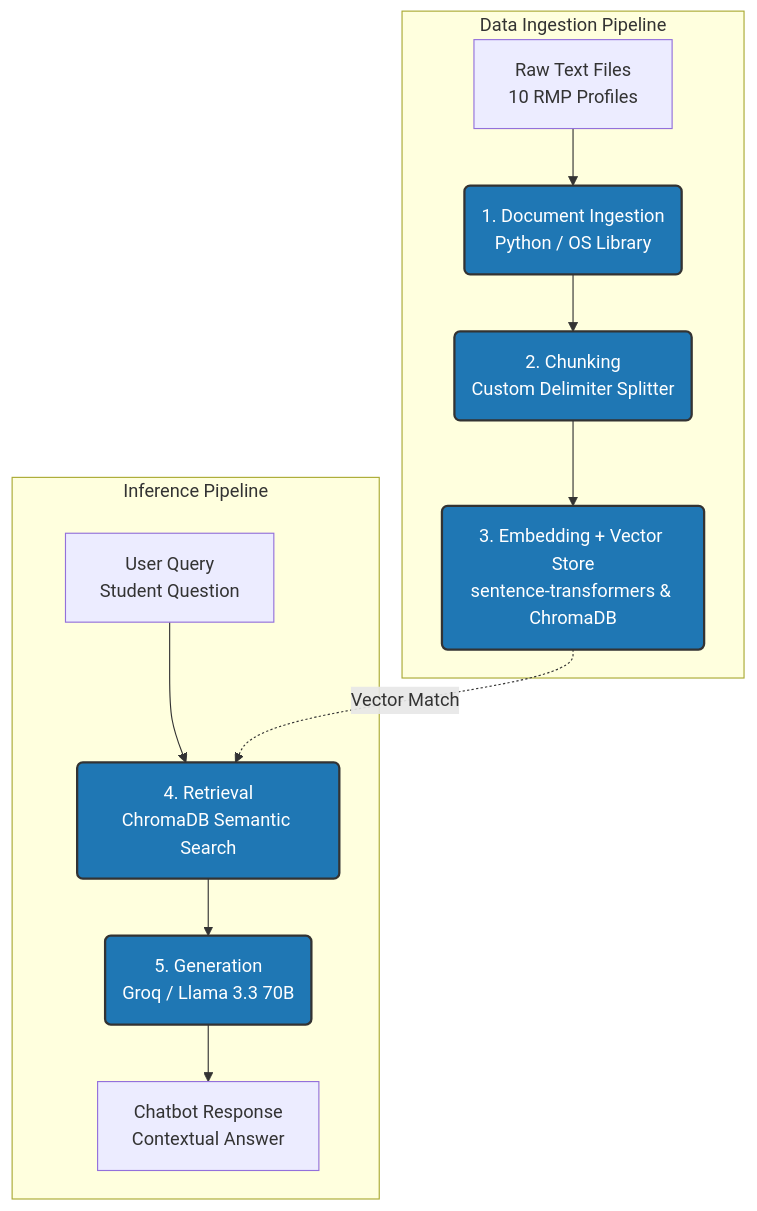
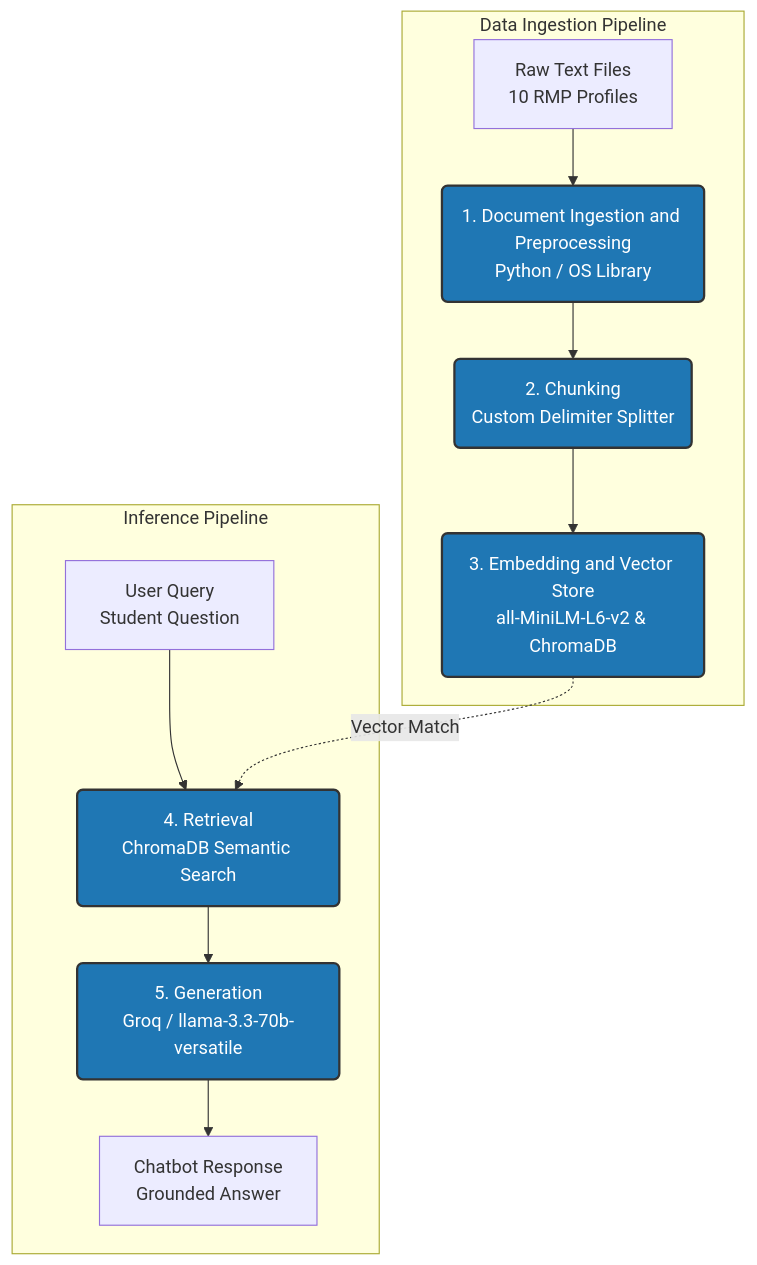
One commit to Anthony-Jerez/ai201-project1-unofficial-guide-starter changed the diagram in planning.md. Above: the diagram before and after it, drawn with Mermaid.

````diff
--- a/planning.md
+++ b/planning.md
@@ -118,23 +118,23 @@
 ```mermaid
 
 graph TD
     %% Define Styles
     classDef stage fill:#1f77b4,stroke:#333,stroke-width:2px,color:#fff;
     classDef tech fill:#e7cfcd,stroke:#333,stroke-width:1px,color:#000;
 
     subgraph Phase 1: Ingestion & Storage [Data Ingestion Pipeline]
-        A[Raw Text Files<br>10 RMP Profiles] --> B(1. Document Ingestion<br>Python / OS Library)
+        A[Raw Text Files<br>10 RMP Profiles] --> B(1. Document Ingestion and Preprocessing<br>Python / OS Library)
         B --> C(2. Chunking<br>Custom Delimiter Splitter)
-        C --> D(3. Embedding + Vector Store<br>sentence-transformers & ChromaDB)
+        C --> D(3. Embedding and Vector Store<br>all-MiniLM-L6-v2 & ChromaDB)
     end
 
     subgraph Phase 2: Runtime RAG Chatbot [Inference Pipeline]
         E[User Query<br>Student Question] --> F(4. Retrieval<br>ChromaDB Semantic Search)
         D -. Vector Match .-> F
-        F --> G(5. Generation<br>Groq / Llama 3.3 70B)
-        G --> H[Chatbot Response<br>Contextual Answer]
+        F --> G(5. Generation<br>Groq / llama-3.3-70b-versatile)
+        G --> H[Chatbot Response<br>Grounded Answer]
     end
 
     %% Apply Styles
     class B,C,D,F,G stage;
 ```
````
